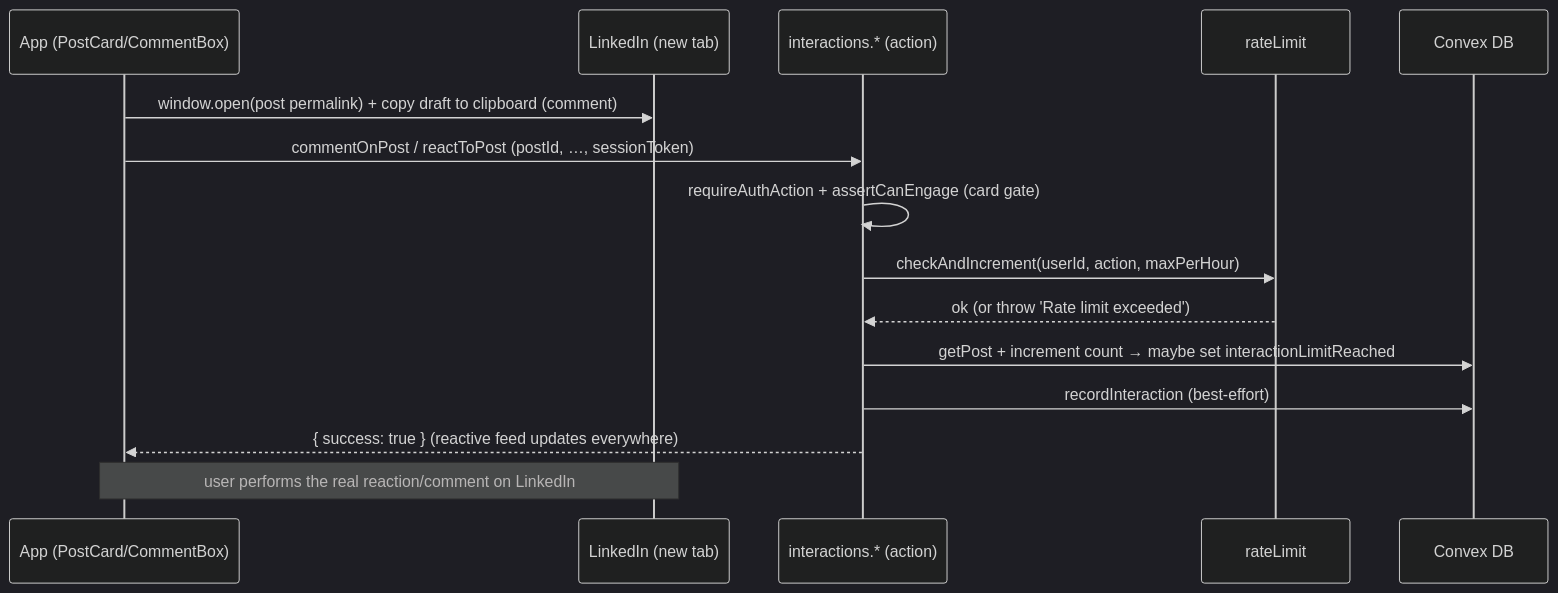
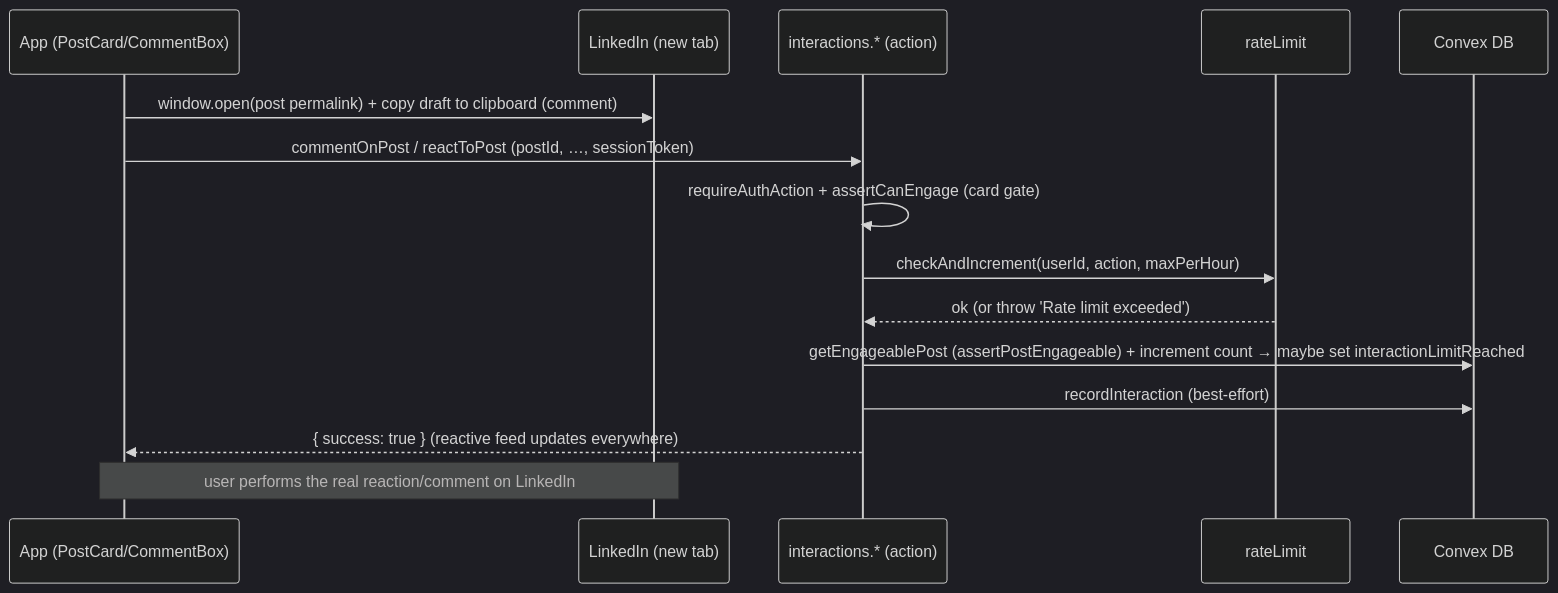
Diagram 11 of 21 in docs/PLATFORM.md (henriko202/glowing-octo-guide), drawn with Mermaid (dark theme) before and after one commit. The commit also changed other lines of this file and 15 other files, not shown here.

````diff
--- a/docs/PLATFORM.md
+++ b/docs/PLATFORM.md
@@ -1474,17 +1486,17 @@
 ```mermaid
 sequenceDiagram
     participant A as App (PostCard/CommentBox)
     participant LI as LinkedIn (new tab)
     participant I as interactions.* (action)
     participant RL as rateLimit
     participant DB as Convex DB
     A ->> LI: window.open(post permalink) + copy draft to clipboard (comment)
     A ->> I: commentOnPost / reactToPost (postId, …, sessionToken)
     I ->> I: requireAuthAction + assertCanEngage (card gate)
     I ->> RL: checkAndIncrement(userId, action, maxPerHour)
     RL -->> I: ok (or throw 'Rate limit exceeded')
-    I ->> DB: getPost + increment count → maybe set interactionLimitReached
+    I ->> DB: getEngageablePost (assertPostEngageable) + increment count → maybe set interactionLimitReached
     I ->> DB: recordInteraction (best-effort)
     I -->> A: { success: true } (reactive feed updates everywhere)
     Note over A, LI: user performs the real reaction/comment on LinkedIn
 ```
````
